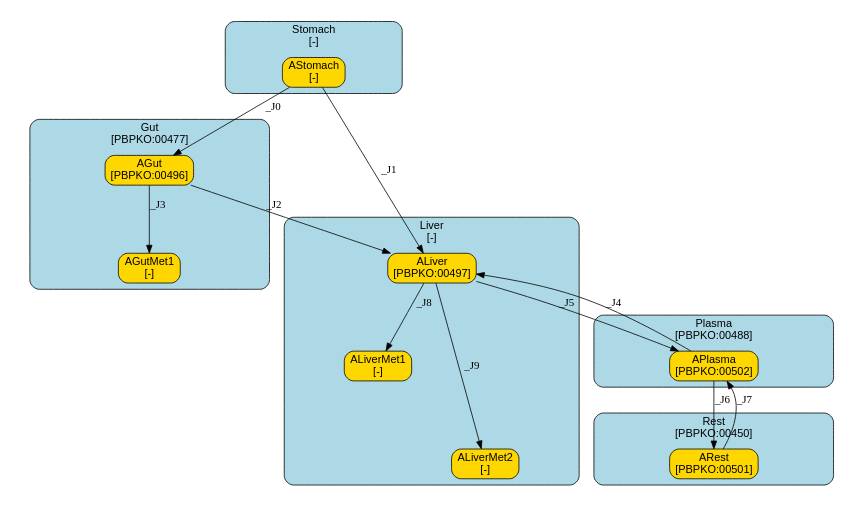
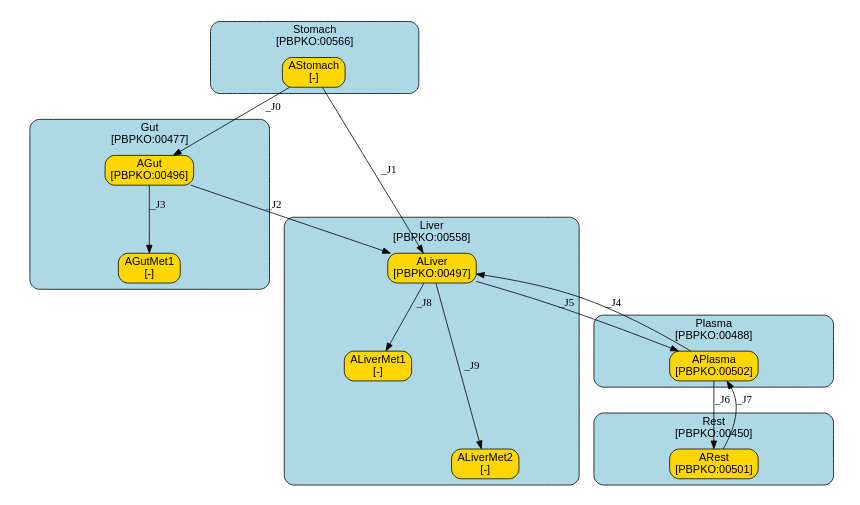
One commit to fair-pbk/exposure-route-pbk-models changed the diagram in models/oral/Bisphenols/Loizou/summary.dot. Above: the diagram before and after it, drawn with Graphviz. The commit also changed 134 other files, not shown here.

```diff
--- a/models/oral/Bisphenols/Loizou/summary.dot
+++ b/models/oral/Bisphenols/Loizou/summary.dot
@@ -1,130 +1,130 @@
 digraph {
 	graph [ratio=fill,
 		size="7,4"
 	];
 	node [fontname=Arial];
 	subgraph cluster_Stomach {
 		graph [color=black,
 			fillcolor=lightblue,
 			fontname=Arial,
 			href="#compartment-Stomach",
 			label="Stomach
-[-]",
+[PBPKO:00566]",
 			shape=box,
 			style="filled,rounded"
 		];
 		AStomach	[color=black,
 			fillcolor=gold,
 			href="#species-AStomach",
 			label="AStomach
 [-]",
 			shape=box,
 			style="filled,rounded"];
 	}
 	subgraph cluster_Liver {
 		graph [color=black,
 			fillcolor=lightblue,
 			fontname=Arial,
 			href="#compartment-Liver",
 			label="Liver
-[-]",
+[PBPKO:00558]",
 			shape=box,
 			style="filled,rounded"
 		];
 		ALiver	[color=black,
 			fillcolor=gold,
 			href="#species-ALiver",
 			label="ALiver
 [PBPKO:00497]",
 			shape=box,
 			style="filled,rounded"];
 		ALiverMet1	[color=black,
 			fillcolor=gold,
 			href="#species-ALiverMet1",
 			label="ALiverMet1
 [-]",
 			shape=box,
 			style="filled,rounded"];
 		ALiverMet2	[color=black,
 			fillcolor=gold,
 			href="#species-ALiverMet2",
 			label="ALiverMet2
 [-]",
 			shape=box,
 			style="filled,rounded"];
 	}
 	subgraph cluster_Plasma {
 		graph [color=black,
 			fillcolor=lightblue,
 			fontname=Arial,
 			href="#compartment-Plasma",
 			label="Plasma
 [PBPKO:00488]",
 			shape=box,
 			style="filled,rounded"
 		];
 		APlasma	[color=black,
 			fillcolor=gold,
 			href="#species-APlasma",
 			label="APlasma
 [PBPKO:00502]",
 			shape=box,
 			style="filled,rounded"];
 	}
 	subgraph cluster_Gut {
 		graph [color=black,
 			fillcolor=lightblue,
 			fontname=Arial,
 			href="#compartment-Gut",
 			label="Gut
 [PBPKO:00477]",
 			shape=box,
 			style="filled,rounded"
 		];
 		AGut	[color=black,
 			fillcolor=gold,
 			href="#species-AGut",
 			label="AGut
 [PBPKO:00496]",
 			shape=box,
 			style="filled,rounded"];
 		AGutMet1	[color=black,
 			fillcolor=gold,
 			href="#species-AGutMet1",
 			label="AGutMet1
 [-]",
 			shape=box,
 			style="filled,rounded"];
 	}
 	subgraph cluster_Rest {
 		graph [color=black,
 			fillcolor=lightblue,
 			fontname=Arial,
 			href="#compartment-Rest",
 			label="Rest
 [PBPKO:00450]",
 			shape=box,
 			style="filled,rounded"
 		];
 		ARest	[color=black,
 			fillcolor=gold,
 			href="#species-ARest",
 			label="ARest
 [PBPKO:00501]",
 			shape=box,
 			style="filled,rounded"];
 	}
 	AStomach -> ALiver	[label=_J1];
 	AStomach -> AGut	[label=_J0];
 	ALiver -> ALiverMet1	[label=_J8,
 		minlen=1];
 	ALiver -> ALiverMet2	[label=_J9,
 		minlen=2];
 	ALiver -> APlasma	[label=_J5];
 	APlasma -> ALiver	[label=_J4];
 	APlasma -> ARest	[label=_J6];
 	AGut -> ALiver	[label=_J2];
 	AGut -> AGutMet1	[label=_J3,
 		minlen=1];
 	ARest -> APlasma	[label=_J7];
 }
```
